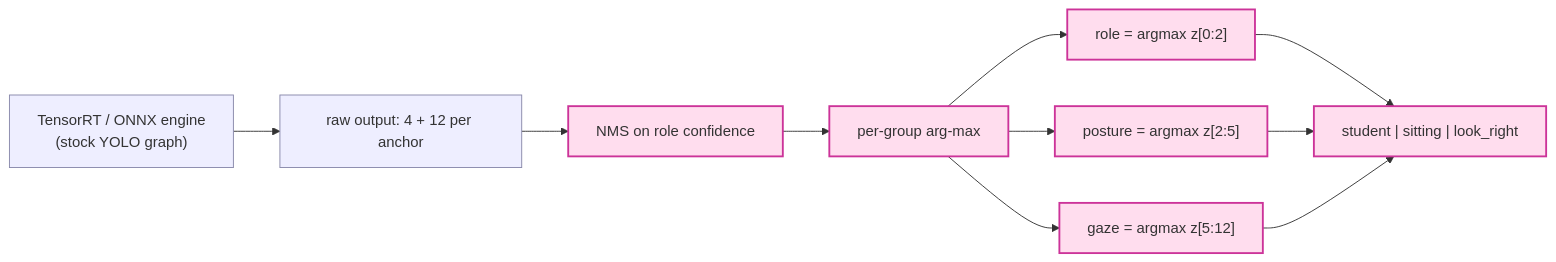
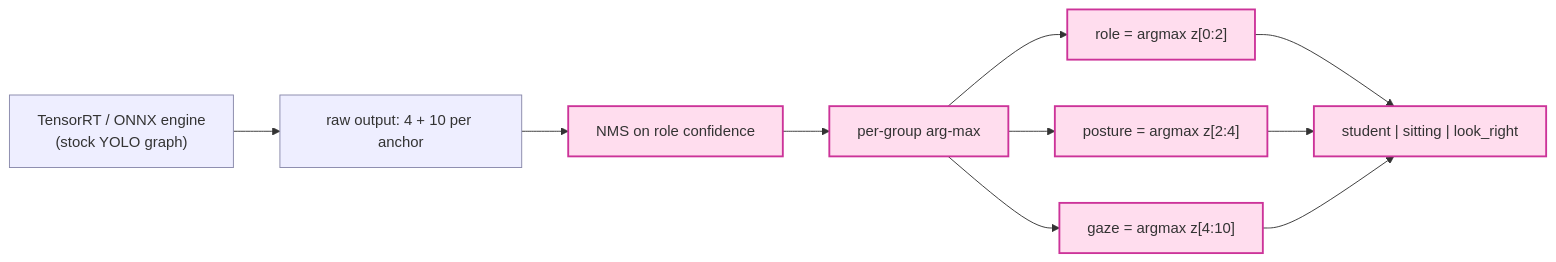
Before and after one commit to ahmedelbamby-aast/Grad-Project-Docs: the fifth of 5 diagrams in docs/yolov11_combined_head/ARCHITECTURE.md, drawn with Mermaid. The commit also changed other lines of this file and 2 other files, not shown here.

````diff
--- a/docs/yolov11_combined_head/ARCHITECTURE.md
+++ b/docs/yolov11_combined_head/ARCHITECTURE.md
@@ -192,15 +216,15 @@
 ```mermaid
 flowchart LR
-    ENG["TensorRT / ONNX engine<br/>(stock YOLO graph)"] --> RAW2["raw output: 4 + 12 per anchor"]
+    ENG["TensorRT / ONNX engine<br/>(stock YOLO graph)"] --> RAW2["raw output: 4 + 10 per anchor"]
     RAW2 --> NMS["NMS on role confidence"]
     NMS --> AM["per-group arg-max"]
     AM --> ROUT["role  = argmax z[0:2]"]
-    AM --> POUT["posture = argmax z[2:5]"]
-    AM --> GOUT["gaze = argmax z[5:12]"]
+    AM --> POUT["posture = argmax z[2:4]"]
+    AM --> GOUT["gaze = argmax z[4:10]"]
     ROUT & POUT & GOUT --> FINAL["student | sitting | look_right"]
 
     classDef kept fill:#eef,stroke:#88a;
     classDef mod fill:#fde,stroke:#c39,stroke-width:2px;
     class ENG,RAW2 kept;
     class NMS,AM,ROUT,POUT,GOUT,FINAL mod;
 ```
````
